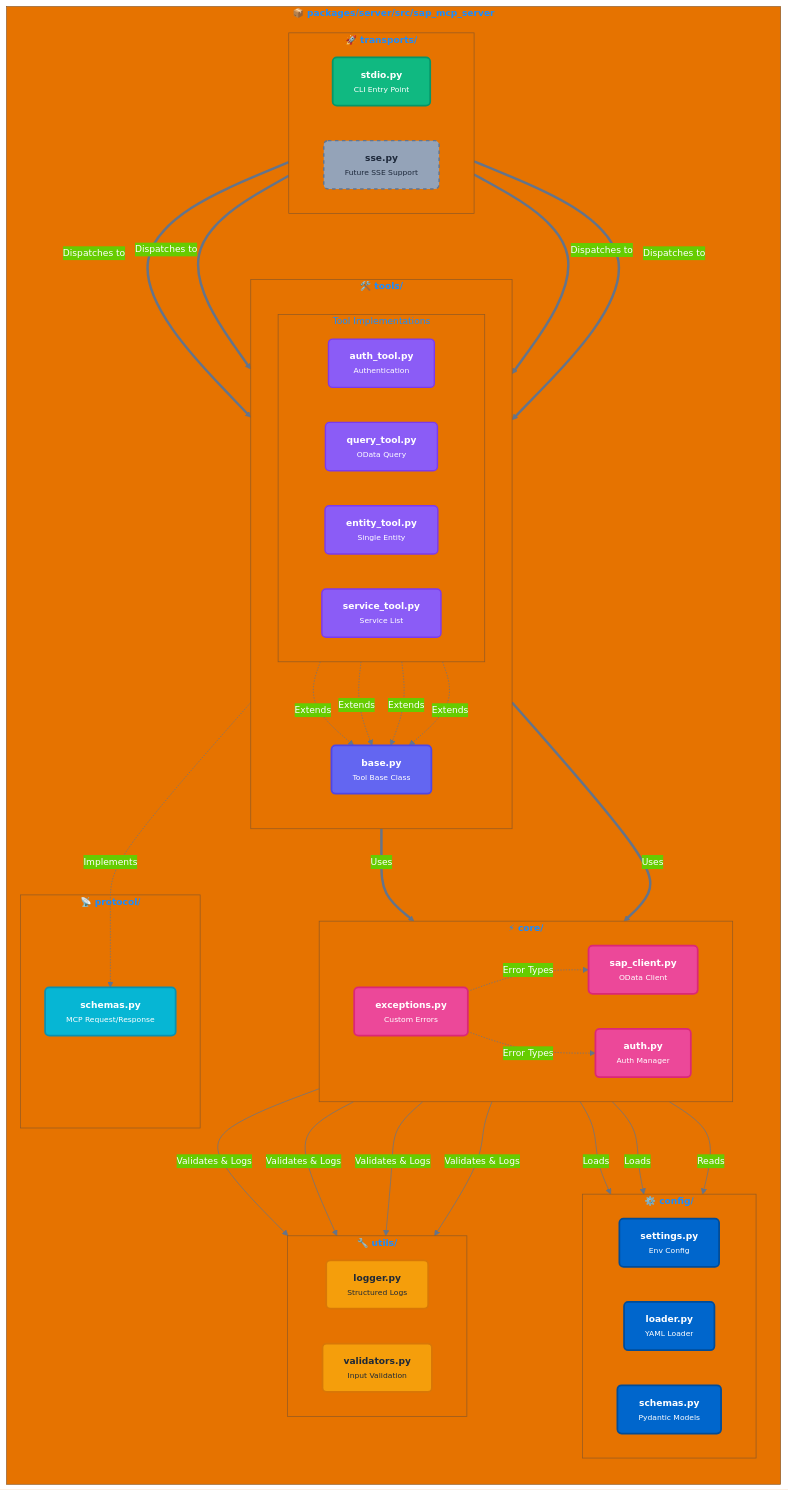
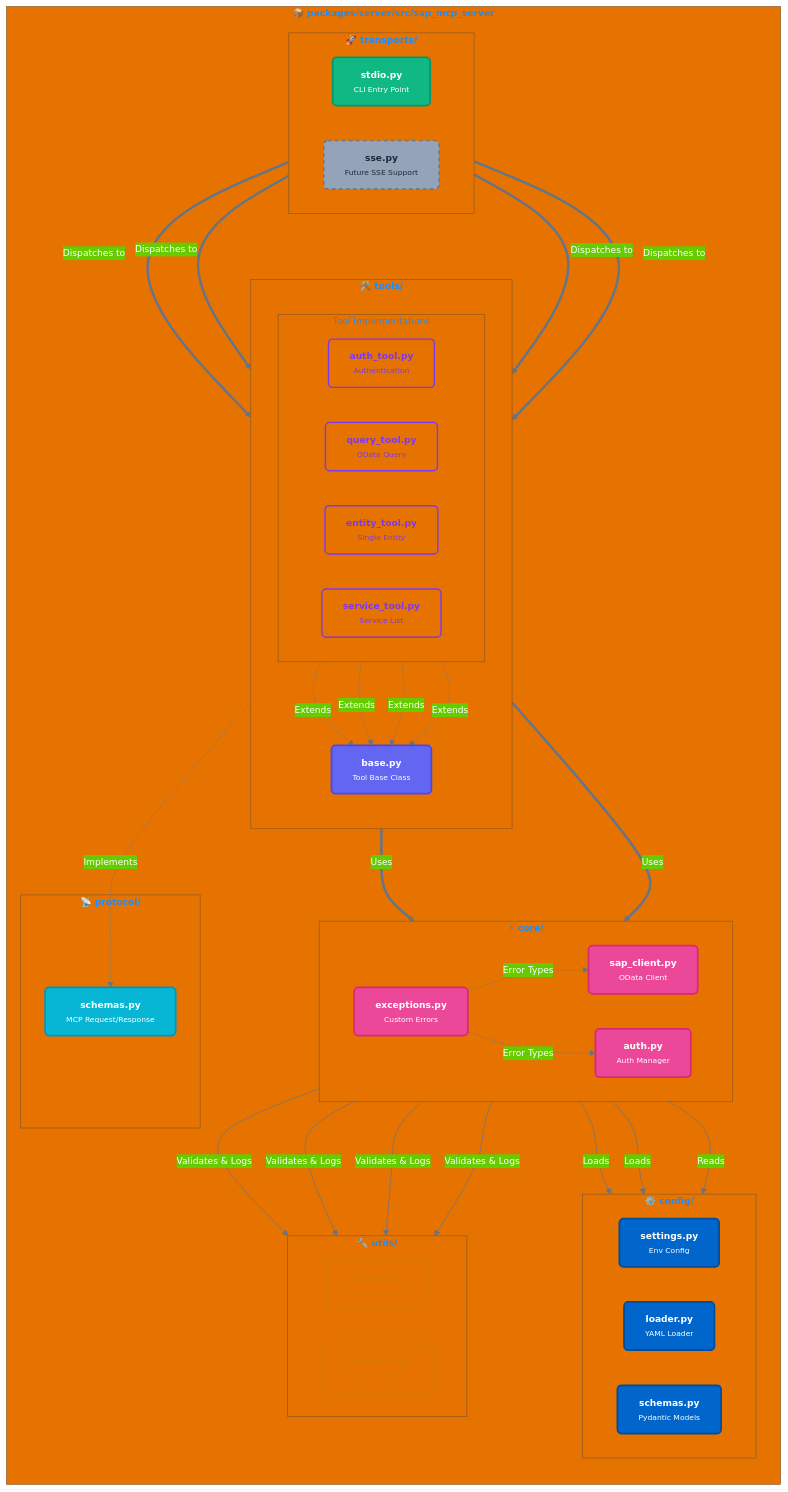
Before and after one commit to midasol/sap-mcp-server: the second of 5 diagrams in README.md, drawn with Mermaid. The commit also changed other lines of this file, not shown here.

````diff
--- a/README.md
+++ b/README.md
@@ -103,68 +103,68 @@
 ```mermaid
 %%{init: {'theme':'base', 'themeVariables': { 'primaryColor':'#0066CC','primaryTextColor':'#FFFFFF','primaryBorderColor':'#004C99','lineColor':'#64748B','fontSize':'13px','fontFamily':'system-ui, -apple-system, sans-serif'}}}%%
 graph TB
     subgraph pkg["<b>📦 packages/server/src/sap_mcp_server</b>"]
         direction TB
 
         subgraph trans["<b>🚀 transports/</b>"]
             direction LR
             T1["<b>stdio.py</b><br/><small>CLI Entry Point</small>"]:::transportNode
             T2["<b>sse.py</b><br/><small>Future SSE Support</small>"]:::futureNode
         end
 
         subgraph tools["<b>🛠️ tools/</b>"]
             direction TB
             TO5["<b>base.py</b><br/><small>Tool Base Class</small>"]:::baseNode
 
             subgraph toolImpl["Tool Implementations"]
                 direction LR
                 TO1["<b>auth_tool.py</b><br/><small>Authentication</small>"]:::toolNode
                 TO2["<b>query_tool.py</b><br/><small>OData Query</small>"]:::toolNode
                 TO3["<b>entity_tool.py</b><br/><small>Single Entity</small>"]:::toolNode
                 TO4["<b>service_tool.py</b><br/><small>Service List</small>"]:::toolNode
             end
         end
 
         subgraph core["<b>⚡ core/</b>"]
             direction LR
             C1["<b>sap_client.py</b><br/><small>OData Client</small>"]:::coreNode
             C2["<b>auth.py</b><br/><small>Auth Manager</small>"]:::coreNode
             C3["<b>exceptions.py</b><br/><small>Custom Errors</small>"]:::coreNode
         end
 
         subgraph config["<b>⚙️ config/</b>"]
             direction LR
             CF1["<b>settings.py</b><br/><small>Env Config</small>"]:::configNode
             CF2["<b>loader.py</b><br/><small>YAML Loader</small>"]:::configNode
             CF3["<b>schemas.py</b><br/><small>Pydantic Models</small>"]:::configNode
         end
 
         subgraph utils["<b>🔧 utils/</b>"]
             direction LR
             U1["<b>logger.py</b><br/><small>Structured Logs</small>"]:::utilNode
             U2["<b>validators.py</b><br/><small>Input Validation</small>"]:::utilNode
         end
 
         subgraph protocol["<b>📡 protocol/</b>"]
             P1["<b>schemas.py</b><br/><small>MCP Request/Response</small>"]:::protocolNode
         end
     end
 
     T1 ==>|"Dispatches to"| TO1 & TO2 & TO3 & TO4
     TO1 & TO2 & TO3 & TO4 -.->|"Extends"| TO5
     TO5 ==>|"Uses"| C1 & C2
     C1 -->|"Loads"| CF1 & CF2
     C2 -->|"Reads"| CF1
     C1 & C2 -->|"Validates & Logs"| U1 & U2
     TO5 -.->|"Implements"| P1
     C3 -.->|"Error Types"| C1 & C2
 
     classDef transportNode fill:#10B981,stroke:#059669,stroke-width:2.5px,color:#FFFFFF,rx:6,ry:6
     classDef futureNode fill:#94A3B8,stroke:#64748B,stroke-width:2px,stroke-dasharray:5 5,color:#1E293B,rx:6,ry:6
-    classDef toolNode fill:#8B5CF6,stroke:#7C3AED,stroke-width:2px,color:#FFFFFF,rx:6,ry:6
+    classDef toolNode fill:none,stroke:#7C3AED,stroke-width:2px,color:#7C3AED,rx:6,ry:6
     classDef baseNode fill:#6366F1,stroke:#4F46E5,stroke-width:2.5px,color:#FFFFFF,rx:6,ry:6
     classDef coreNode fill:#EC4899,stroke:#DB2777,stroke-width:2.5px,color:#FFFFFF,rx:6,ry:6
     classDef configNode fill:#0066CC,stroke:#004C99,stroke-width:2.5px,color:#FFFFFF,rx:6,ry:6
-    classDef utilNode fill:#F59E0B,stroke:#D97706,stroke-width:2.5px,color:#1F2937,rx:6,ry:6
+    classDef utilNode fill:none,stroke:#D97706,stroke-width:2.5px,color:#D97706,rx:6,ry:6
     classDef protocolNode fill:#06B6D4,stroke:#0891B2,stroke-width:2.5px,color:#FFFFFF,rx:6,ry:6
 ```
````
